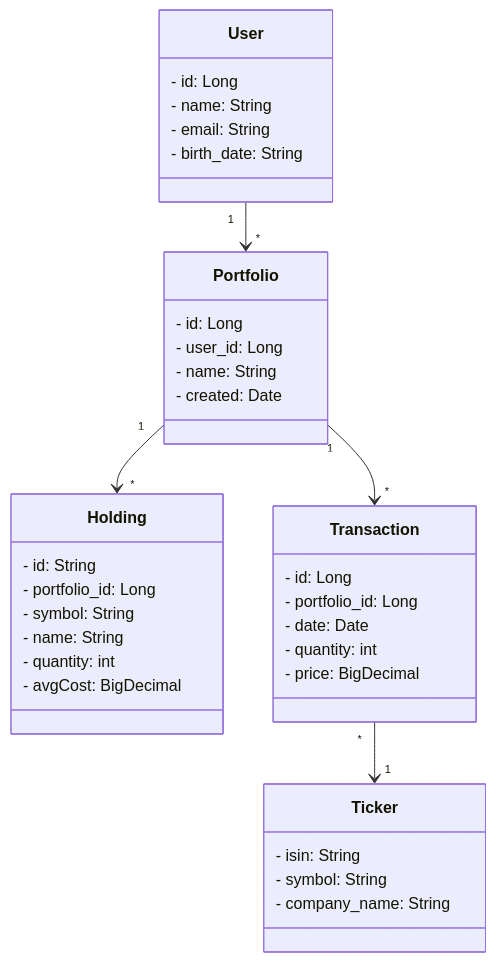
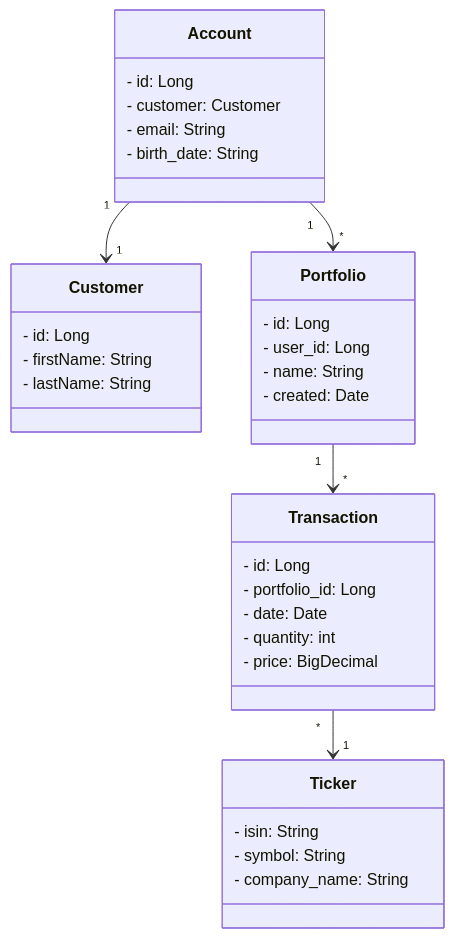
One commit to DuarteMCSilva/stock-echoes-server changed the diagram in README.md. Above: the diagram before and after it, drawn with Mermaid. The commit also changed other lines of this file, not shown here.

`````diff
--- a/README.md
+++ b/README.md
@@ -2,46 +26,43 @@
 ````mermaid
 classDiagram
-    class User {
+    class Account {
         - id: Long
-        - name: String
+        - customer: Customer
         - email: String
         - birth_date: String
+    }
+    
+    class Customer {
+        - id: Long
+        - firstName: String
+        - lastName: String
     }
 
     class Portfolio {
         - id: Long
         - user_id: Long
         - name: String
         - created: Date
     }
 
     class Ticker {
         - isin: String
         - symbol: String
         - company_name: String
     }
 
-    class Holding {
-        - id: String
-        - portfolio_id: Long
-        - symbol: String
-        - name: String
-        - quantity: int
-        - avgCost: BigDecimal
-    }
-
     class Transaction {
         - id: Long
         - portfolio_id: Long
         - date: Date
         - quantity: int
         - price: BigDecimal
     }
 
     %% Relationships
 
-    User "1" --> "*" Portfolio
-    Portfolio "1" --> "*" Holding
+    Account "1" --> "*" Portfolio
+    Account "1" --> "1" Customer
     Portfolio "1" --> "*" Transaction
     Transaction "*" -->"1" Ticker
 ````
`````
